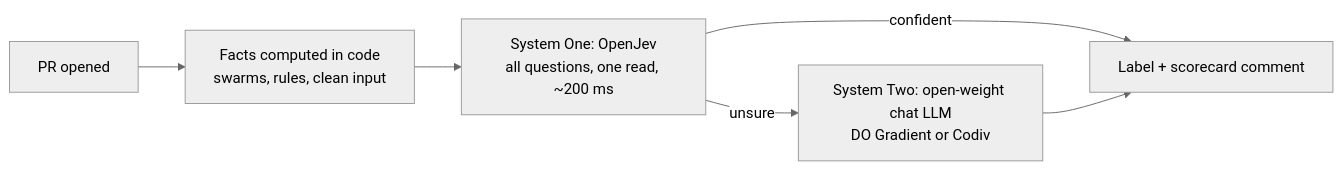
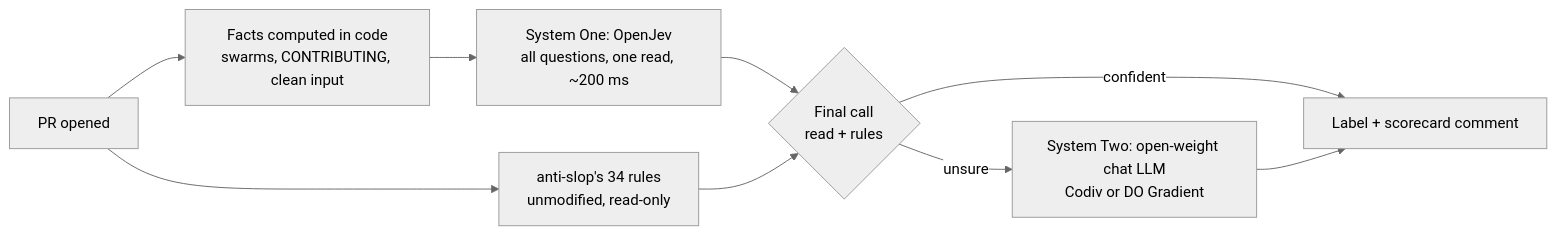
One commit to CTAGRAM/slopgate changed the diagram in README.md. Above: the diagram before and after it, drawn with Mermaid (neutral theme). The commit also changed other lines of this file and 17 other files, not shown here.

First line of the commit message:
Fuse anti-slop's 34 rules with the OpenJev read: SlopGate final beats anti-slop on held-out PRs

````diff
--- a/README.md
+++ b/README.md
@@ -84,8 +96,11 @@
 ```mermaid
 flowchart LR
-    A[PR opened] --> B[Facts computed in code<br/>swarms, rules, clean input]
+    A[PR opened] --> B[Facts computed in code<br/>swarms, CONTRIBUTING, clean input]
+    A --> R[anti-slop's 34 rules<br/>unmodified, read-only]
     B --> C[System One: OpenJev<br/>all questions, one read, ~200 ms]
-    C -->|confident| D[Label + scorecard comment]
-    C -->|unsure| E[System Two: open-weight chat LLM<br/>DO Gradient or Codiv]
+    C --> F{Final call<br/>read + rules}
+    R --> F
+    F -->|confident| D[Label + scorecard comment]
+    F -->|unsure| E[System Two: open-weight chat LLM<br/>Codiv or DO Gradient]
     E --> D
 ```
````
